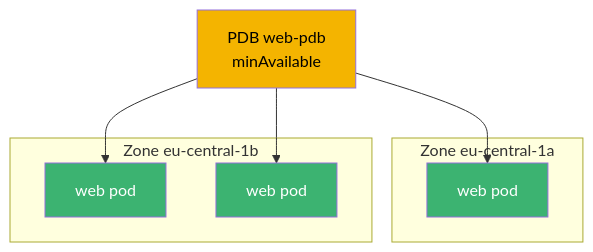
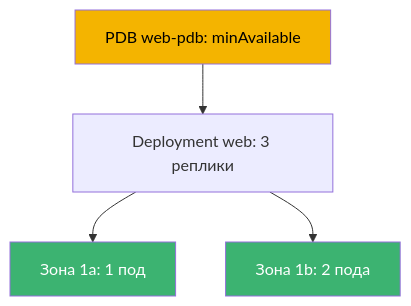
One commit to ViktorUJ/cks changed the first of 2 diagrams in tasks/eks/labs/131/README_RU.MD. Above: the diagram before and after it, drawn with Mermaid. The commit also changed other lines of this file and 78 other files, not shown here.

````diff
--- a/tasks/eks/labs/131/README_RU.MD
+++ b/tasks/eks/labs/131/README_RU.MD
@@ -38,18 +38,13 @@
 ```mermaid
 flowchart TB
-    pdb["PDB web-pdb<br>minAvailable"]
-    subgraph az1["Zone eu-central-1a"]
-        w1["web pod"]
-    end
-    subgraph az2["Zone eu-central-1b"]
-        w2["web pod"]
-        w3["web pod"]
-    end
-    pdb --> w1
-    pdb --> w2
-    pdb --> w3
+    pdb["PDB web-pdb: minAvailable"]
+    dep["Deployment web: 3 реплики"]
+    az1["Зона 1a: 1 под"]
+    az2["Зона 1b: 2 пода"]
+    pdb --> dep
+    dep --> az1
+    dep --> az2
     style pdb fill:#f4b400,color:#000
-    style w1 fill:#3cb371,color:#fff
-    style w2 fill:#3cb371,color:#fff
-    style w3 fill:#3cb371,color:#fff
+    style az1 fill:#3cb371,color:#fff
+    style az2 fill:#3cb371,color:#fff
 ```
````
